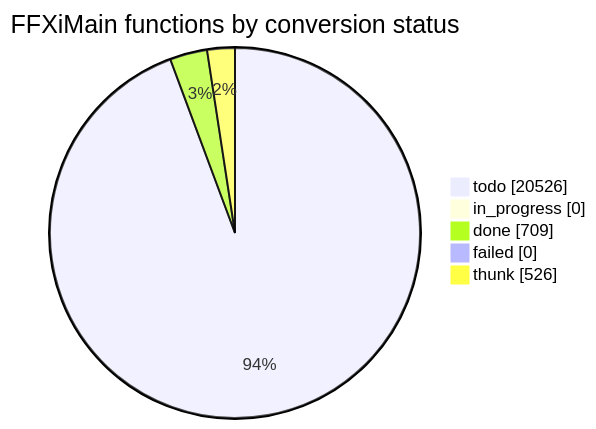
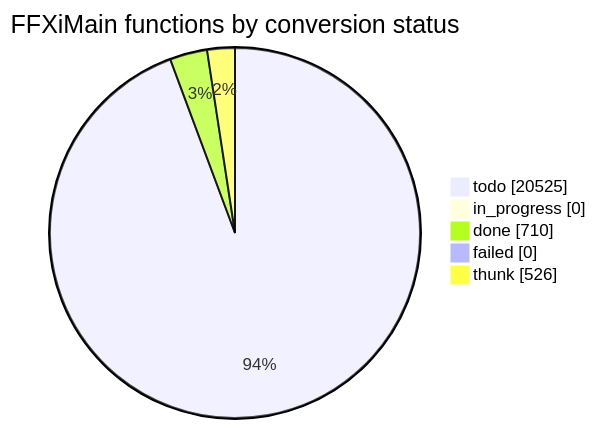
Before and after one commit to cowrevenge/cow_kuluu_xi_anything: the diagram in docs/cow/STATUS.md, drawn with Mermaid. The commit also changed other lines of this file and 9 other files, not shown here.

````diff
--- a/docs/cow/STATUS.md
+++ b/docs/cow/STATUS.md
@@ -18,9 +18,9 @@
 ```mermaid
 pie showData
     title FFXiMain functions by conversion status
-    "todo" : 20526
+    "todo" : 20525
     "in_progress" : 0
-    "done" : 709
+    "done" : 710
     "failed" : 0
     "thunk" : 526
 ```
````
